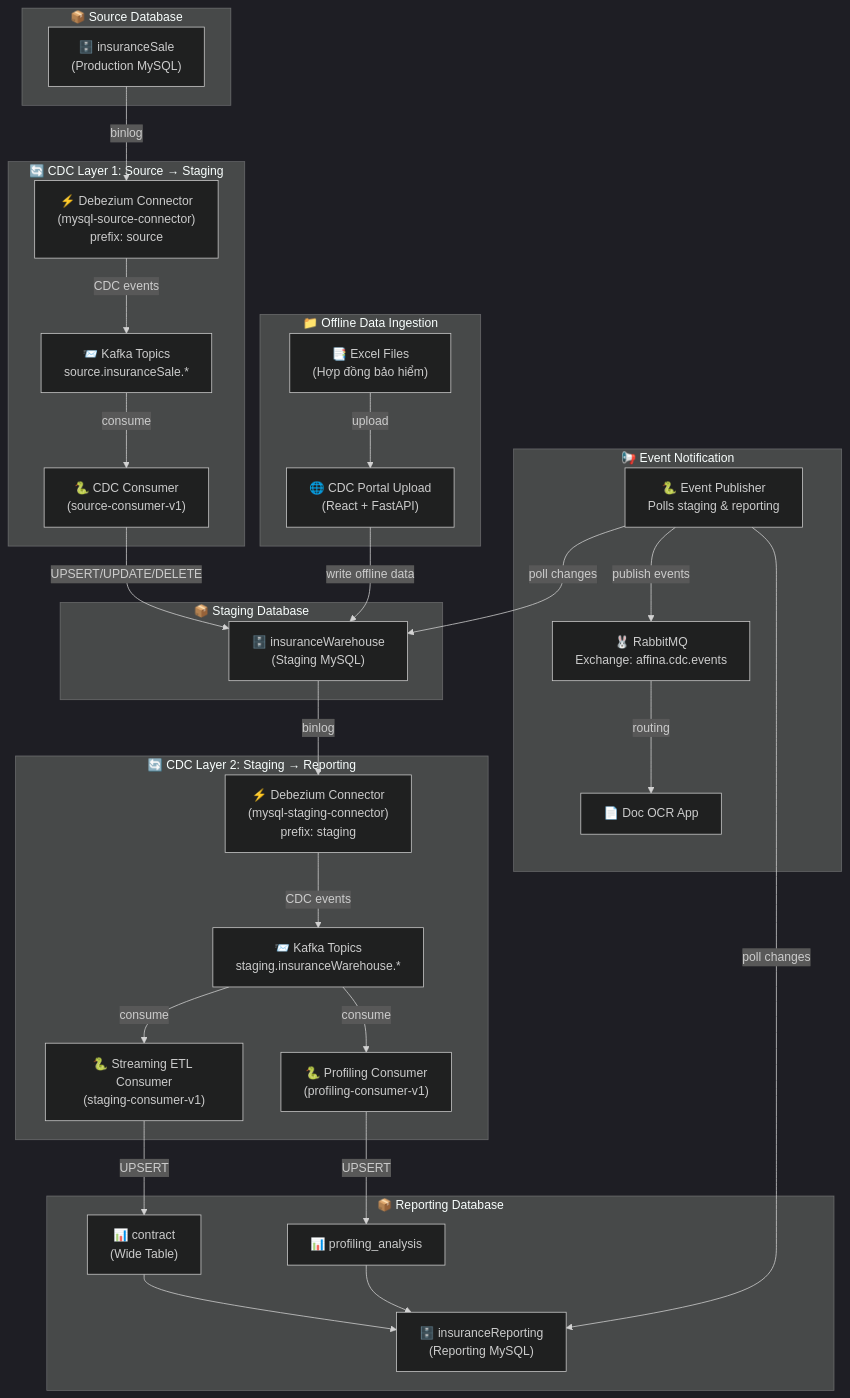
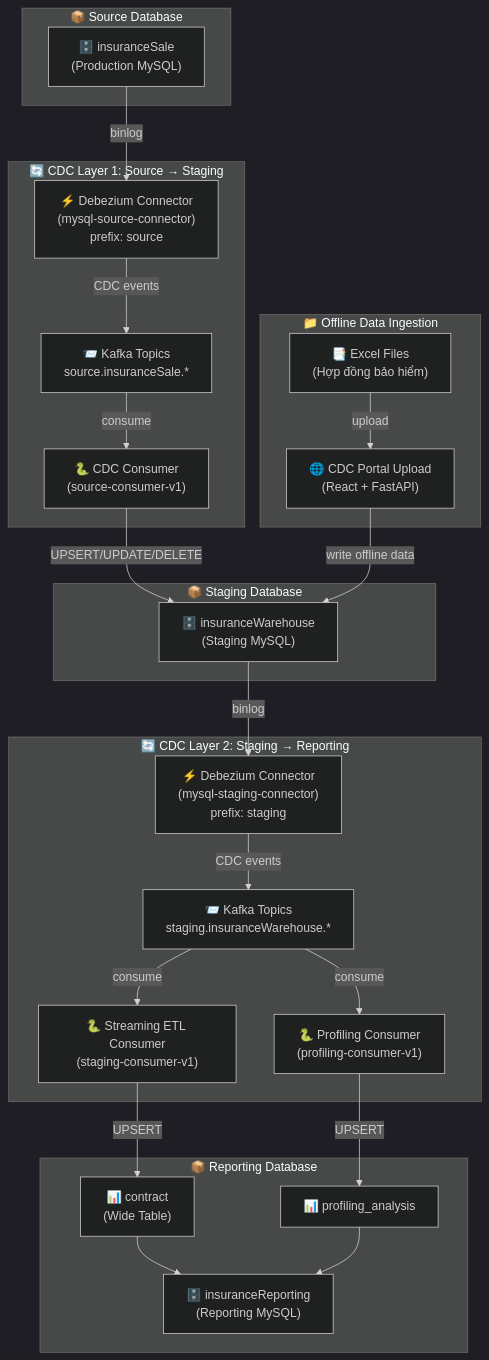
One commit to phatle224/hybrid-data-ingestion-streaming-platform changed the first of 8 diagrams in docs/PROJECT_FLOW.md. Above: the diagram before and after it, drawn with Mermaid (dark theme). The commit also changed other lines of this file and 54 other files, not shown here.

Commit message:
feat: add stg_contracts dbt staging model

````diff
--- a/docs/PROJECT_FLOW.md
+++ b/docs/PROJECT_FLOW.md
@@ -5,64 +5,55 @@
 ```mermaid
 graph TB
     subgraph "📦 Source Database"
         SRC_DB["🗄️ insuranceSale<br/>(Production MySQL)"]
     end
 
     subgraph "🔄 CDC Layer 1: Source → Staging"
         DBZ1["⚡ Debezium Connector<br/>(mysql-source-connector)<br/>prefix: source"]
         KAFKA1["📨 Kafka Topics<br/>source.insuranceSale.*"]
         CDC_CONSUMER["🐍 CDC Consumer<br/>(source-consumer-v1)"]
     end
 
     subgraph "📦 Staging Database"
         STG_DB["🗄️ insuranceWarehouse<br/>(Staging MySQL)"]
     end
 
     subgraph "🔄 CDC Layer 2: Staging → Reporting"
         DBZ2["⚡ Debezium Connector<br/>(mysql-staging-connector)<br/>prefix: staging"]
         KAFKA2["📨 Kafka Topics<br/>staging.insuranceWarehouse.*"]
         ETL_CONSUMER["🐍 Streaming ETL Consumer<br/>(staging-consumer-v1)"]
         PROF_CONSUMER["🐍 Profiling Consumer<br/>(profiling-consumer-v1)"]
     end
 
     subgraph "📦 Reporting Database"
         RPT_DB["🗄️ insuranceReporting<br/>(Reporting MySQL)"]
         RPT_CONTRACT["📊 contract<br/>(Wide Table)"]
         RPT_PROFILING["📊 profiling_analysis"]
     end
 
-    subgraph "📢 Event Notification"
-        EVT_PUB["🐍 Event Publisher<br/>Polls staging & reporting"]
-        RABBITMQ["🐰 RabbitMQ<br/>Exchange: affina.cdc.events"]
-        DOC_OCR["📄 Doc OCR App"]
-    end
 
     subgraph "📁 Offline Data Ingestion"
         PORTAL["🌐 CDC Portal Upload<br/>(React + FastAPI)"]
         EXCEL["📑 Excel Files<br/>(Hợp đồng bảo hiểm)"]
     end
 
     SRC_DB -->|"binlog"| DBZ1
     DBZ1 -->|"CDC events"| KAFKA1
     KAFKA1 -->|"consume"| CDC_CONSUMER
     CDC_CONSUMER -->|"UPSERT/UPDATE/DELETE"| STG_DB
 
     STG_DB -->|"binlog"| DBZ2
     DBZ2 -->|"CDC events"| KAFKA2
     KAFKA2 -->|"consume"| ETL_CONSUMER
     KAFKA2 -->|"consume"| PROF_CONSUMER
 
     ETL_CONSUMER -->|"UPSERT"| RPT_CONTRACT
     PROF_CONSUMER -->|"UPSERT"| RPT_PROFILING
 
     RPT_CONTRACT --> RPT_DB
     RPT_PROFILING --> RPT_DB
 
-    EVT_PUB -->|"poll changes"| STG_DB
-    EVT_PUB -->|"poll changes"| RPT_DB
-    EVT_PUB -->|"publish events"| RABBITMQ
-    RABBITMQ -->|"routing"| DOC_OCR
 
     EXCEL -->|"upload"| PORTAL
     PORTAL -->|"write offline data"| STG_DB
 ```
````
